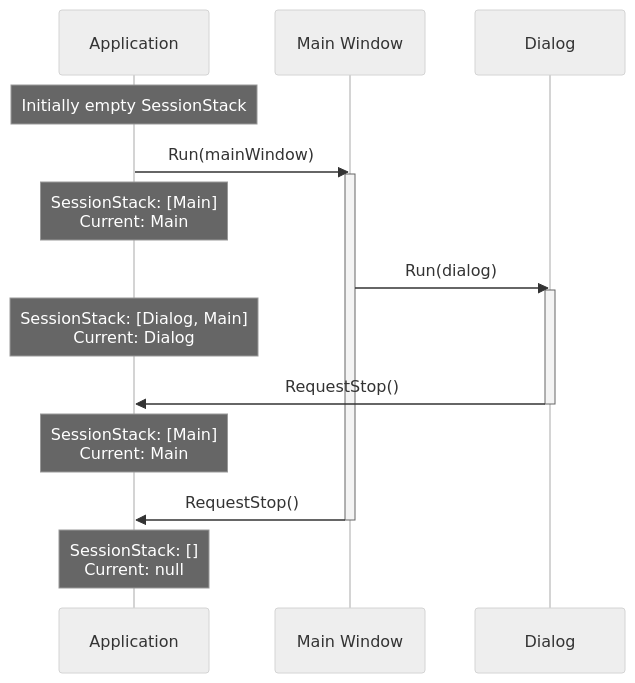
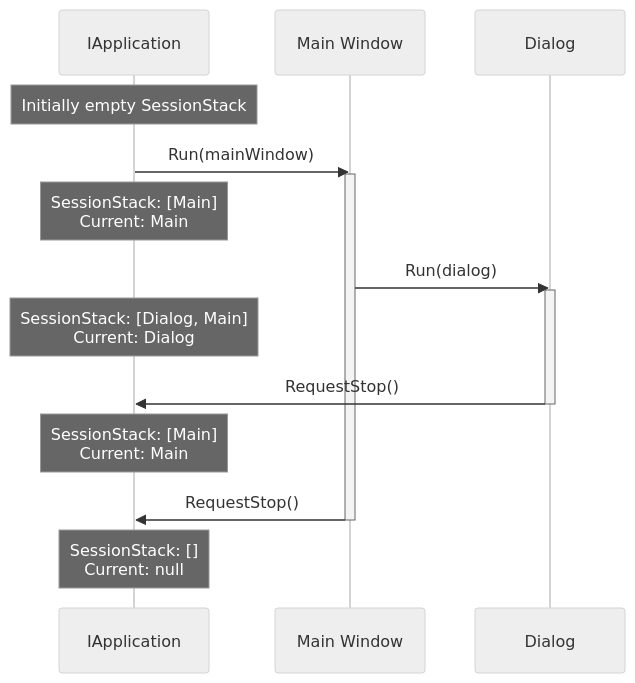
Before and after one commit to gui-cs/Terminal.Gui: the second of 2 diagrams in docfx/docs/application.md, drawn with Mermaid (neutral theme). The commit also changed other lines of this file and 16 other files, not shown here.

First line of the commit message:
Refactor: Transition to instance-based architecture

````diff
--- a/docfx/docs/application.md
+++ b/docfx/docs/application.md
@@ -42,24 +42,24 @@
 ```mermaid
 sequenceDiagram
-    participant App as Application
+    participant App as IApplication
     participant Main as Main Window
     participant Dialog as Dialog
     
     Note over App: Initially empty SessionStack
     
     App->>Main: Run(mainWindow)
     activate Main
     Note over App: SessionStack: [Main]<br/>Current: Main
     
     Main->>Dialog: Run(dialog)
     activate Dialog
     Note over App: SessionStack: [Dialog, Main]<br/>Current: Dialog
     
     Dialog->>App: RequestStop()
     deactivate Dialog
     Note over App: SessionStack: [Main]<br/>Current: Main
     
     Main->>App: RequestStop()
     deactivate Main
     Note over App: SessionStack: []<br/>Current: null
 ```
````
